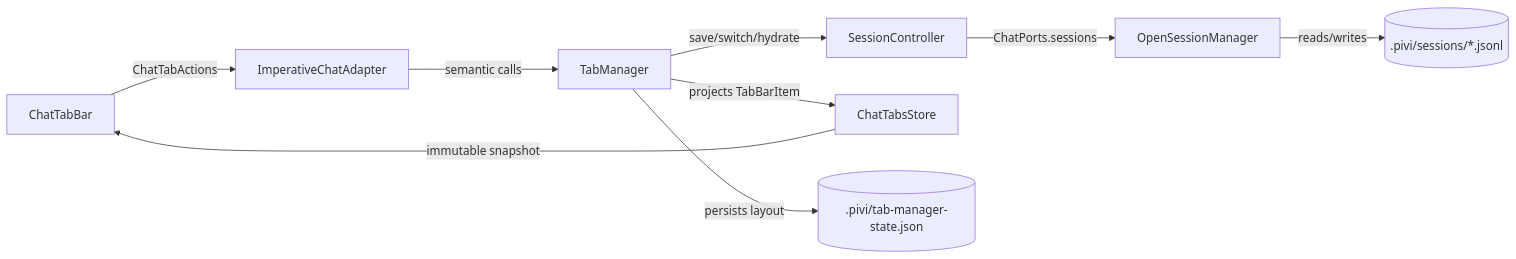
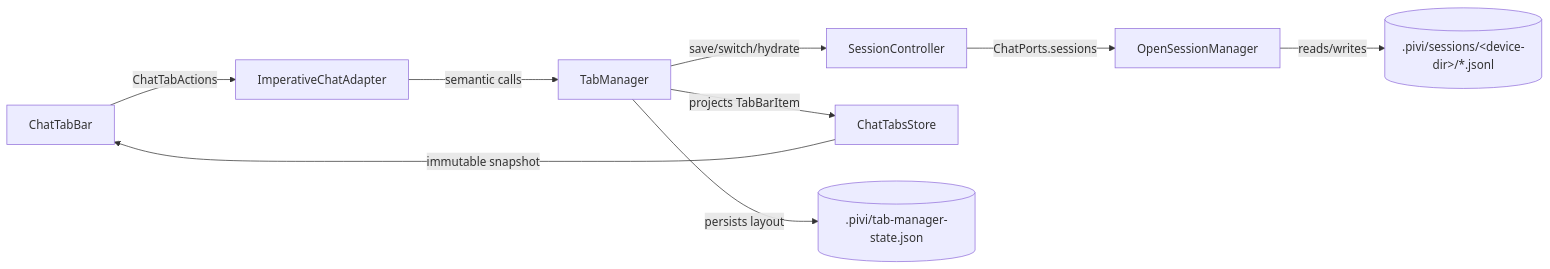
The first of 2 diagrams in docs/05-tabs-sessions-and-history.md (shuuul/obsidian-pivi), drawn with Mermaid before and after one commit. The commit also changed other lines of this file and 5 other files, not shown here.

````diff
--- a/docs/05-tabs-sessions-and-history.md
+++ b/docs/05-tabs-sessions-and-history.md
@@ -9,11 +9,11 @@
 ```mermaid
 flowchart LR
   React["ChatTabBar"] -- "ChatTabActions" --> Adapter["ImperativeChatAdapter"]
   Adapter -- "semantic calls" --> Manager["TabManager"]
   Manager -- "save/switch/hydrate" --> Controller["SessionController"]
   Controller -- "ChatPorts.sessions" --> Open["OpenSessionManager"]
-  Open -- "reads/writes" --> JSONL[(".pivi/sessions/*.jsonl")]
+  Open -- "reads/writes" --> JSONL[(".pivi/sessions/&lt;device-dir&gt;/*.jsonl")]
   Manager -- "projects TabBarItem" --> Store["ChatTabsStore"]
   Store -- "immutable snapshot" --> React
   Manager -- "persists layout" --> Layout[(".pivi/tab-manager-state.json")]
 ```
````
